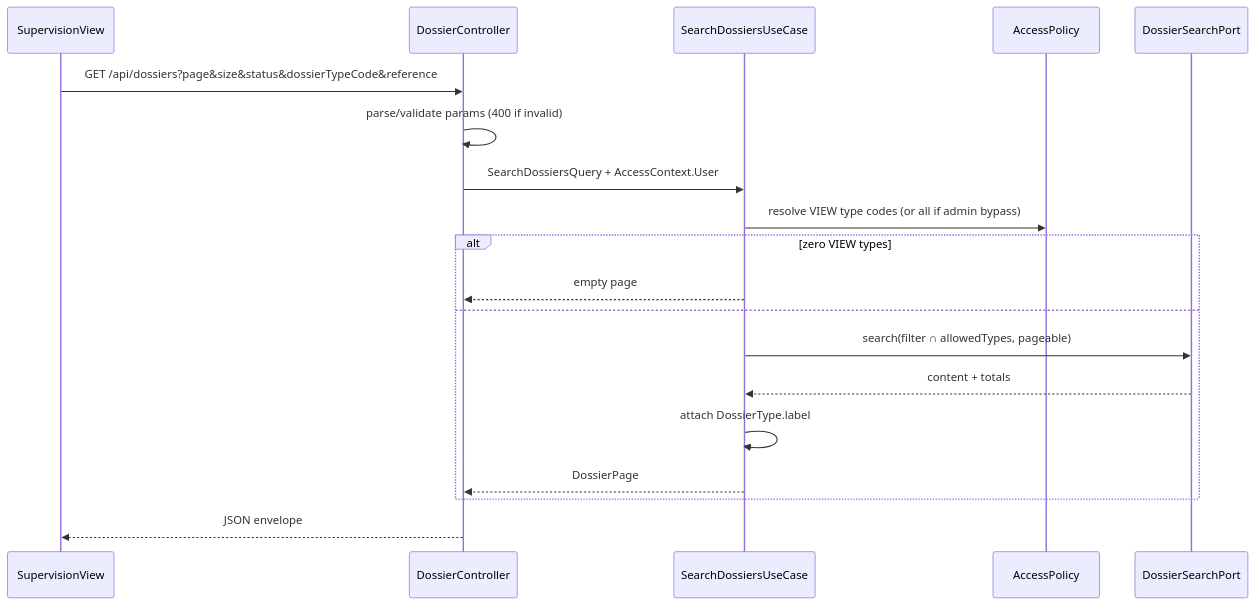
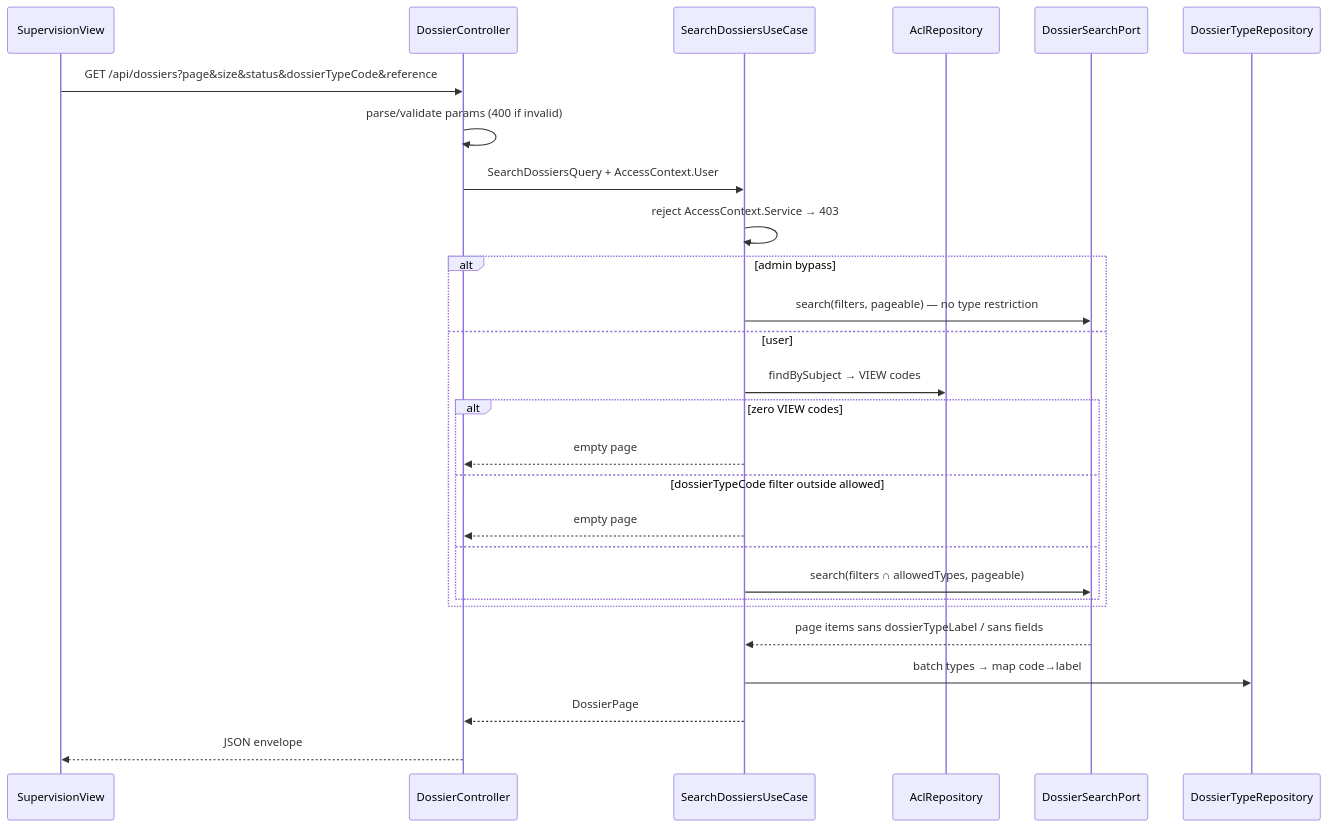
One commit to superjojo79/Myrmacta changed the second of 2 diagrams in docs/ai/design/2026-08-13-feature-pagination-dossiers.md. Above: the diagram before and after it, drawn with Mermaid. The commit also changed other lines of this file and 2 other files, not shown here.

````diff
--- a/docs/ai/design/2026-08-13-feature-pagination-dossiers.md
+++ b/docs/ai/design/2026-08-13-feature-pagination-dossiers.md
@@ -51,22 +54,30 @@
 ```mermaid
 sequenceDiagram
   participant SPA as SupervisionView
   participant API as DossierController
   participant UC as SearchDossiersUseCase
-  participant POL as AccessPolicy
+  participant ACL as AclRepository
   participant DB as DossierSearchPort
+  participant TY as DossierTypeRepository
 
   SPA->>API: GET /api/dossiers?page&size&status&dossierTypeCode&reference
   API->>API: parse/validate params (400 if invalid)
   API->>UC: SearchDossiersQuery + AccessContext.User
-  UC->>POL: resolve VIEW type codes (or all if admin bypass)
-  alt zero VIEW types
-    UC-->>API: empty page
-  else
-    UC->>DB: search(filter ∩ allowedTypes, pageable)
-    DB-->>UC: content + totals
-    UC->>UC: attach DossierType.label
-    UC-->>API: DossierPage
+  UC->>UC: reject AccessContext.Service → 403
+  alt admin bypass
+    UC->>DB: search(filters, pageable) — no type restriction
+  else user
+    UC->>ACL: findBySubject → VIEW codes
+    alt zero VIEW codes
+      UC-->>API: empty page
+    else dossierTypeCode filter outside allowed
+      UC-->>API: empty page
+    else
+      UC->>DB: search(filters ∩ allowedTypes, pageable)
+    end
   end
+  DB-->>UC: page items sans dossierTypeLabel / sans fields
+  UC->>TY: batch types → map code→label
+  UC-->>API: DossierPage
   API-->>SPA: JSON envelope
 ```
````
